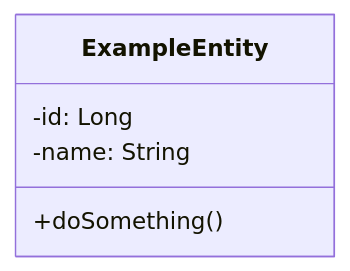
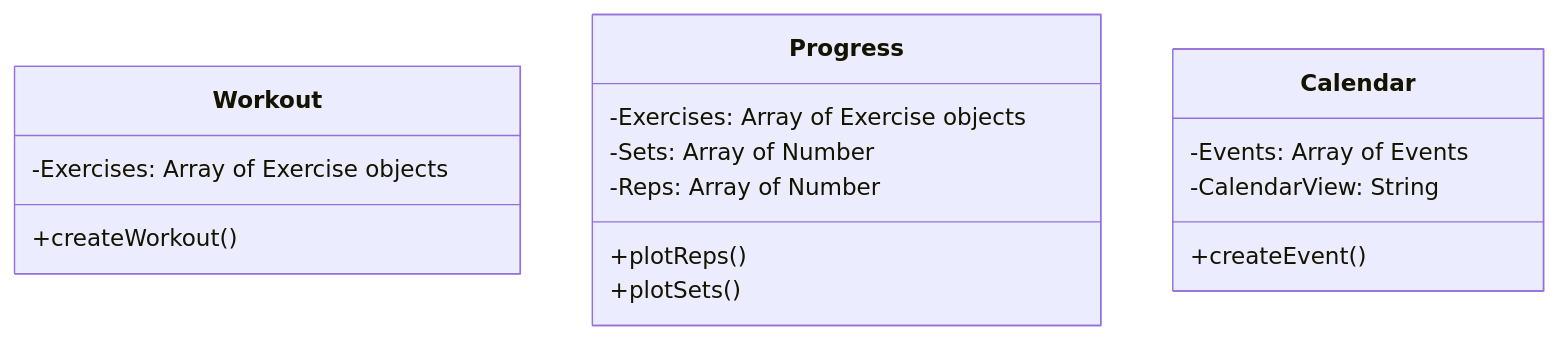
The third of 4 diagrams in README.md (GoldLion72/cen5064-project-lusbel), drawn with Mermaid before and after one commit. The commit also changed other lines of this file, not shown here.

Commit message:
L2 studio: C4 + class diagram

````diff
--- a/README.md
+++ b/README.md
@@ -56,9 +56,20 @@
 ```mermaid
 %% Class diagram: your 3–4 core domain classes.
 classDiagram
-    class ExampleEntity {
-        -id: Long
-        -name: String
-        +doSomething()
+    class Workout {
+        -Exercises: Array of Exercise objects
+        +createWorkout()
+    }
+    class Progress {
+       -Exercises: Array of Exercise objects
+       -Sets: Array of Number
+       -Reps: Array of Number
+       +plotReps()
+       +plotSets()
+    }
+    class Calendar {
+      -Events: Array of Events
+      -CalendarView: String
+      +createEvent()
     }
 ```
````
